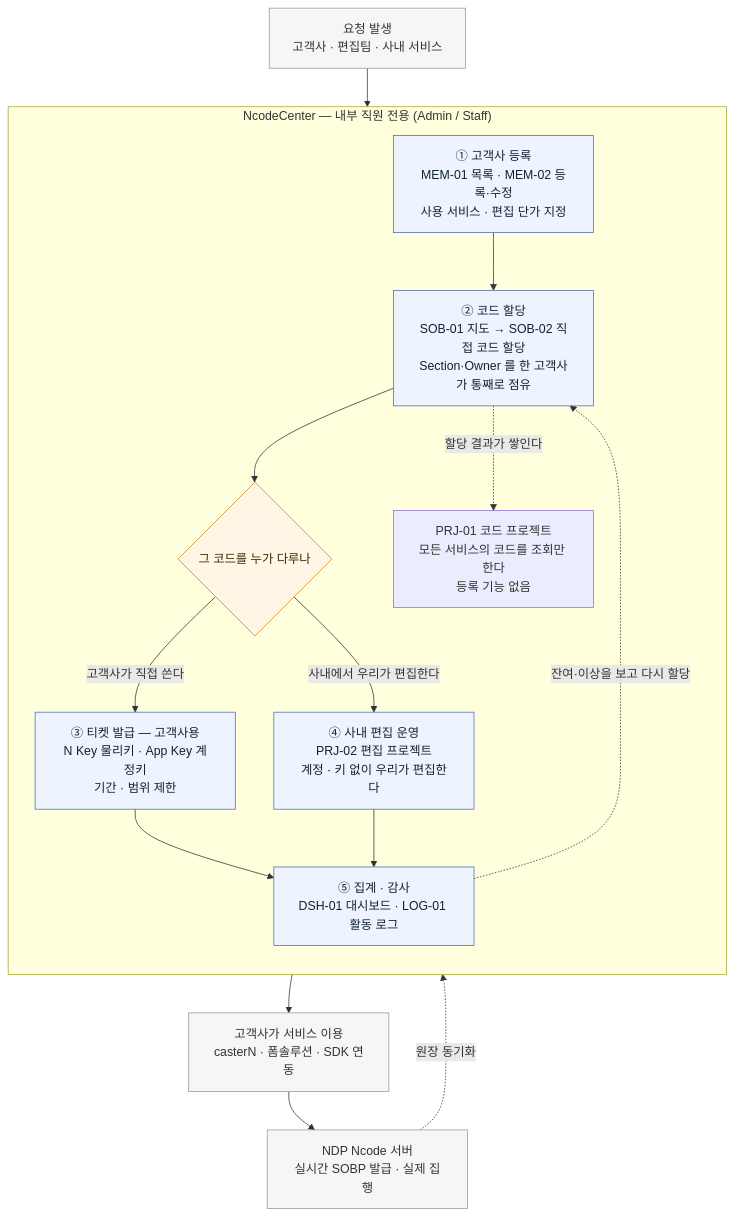
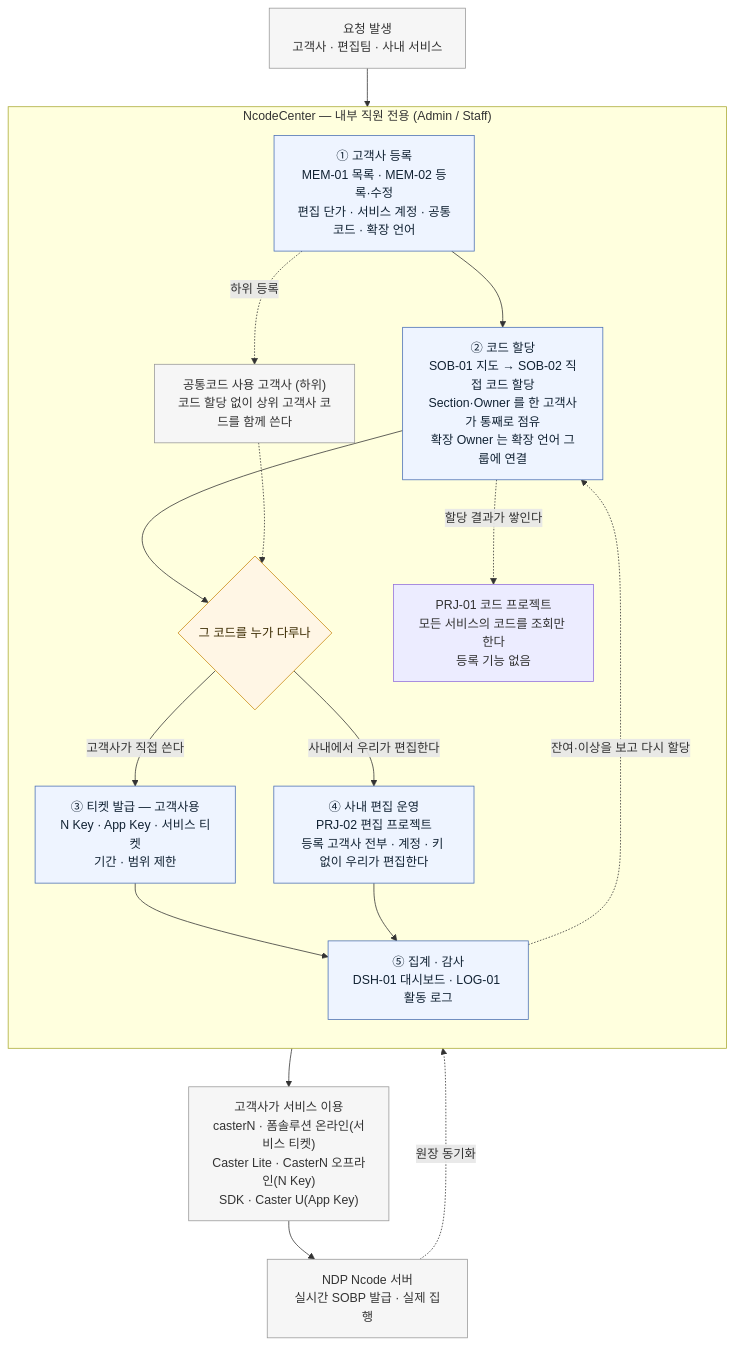
Before and after one commit to sjkim-create/NcodeCenter: the first of 6 diagrams in docs/NcodeCenter-Flow.md, drawn with Mermaid. The commit also changed other lines of this file and 3 other files, not shown here.

````diff
--- a/docs/NcodeCenter-Flow.md
+++ b/docs/NcodeCenter-Flow.md
@@ -14,33 +15,35 @@
 ```mermaid
 flowchart TD
     REQ["요청 발생<br/>고객사 · 편집팀 · 사내 서비스"] --> S1
 
     subgraph NC["NcodeCenter — 내부 직원 전용 (Admin / Staff)"]
         direction TB
-        S1["① 고객사 등록<br/>MEM-01 목록 · MEM-02 등록·수정<br/>사용 서비스 · 편집 단가 지정"]
-        S2["② 코드 할당<br/>SOB-01 지도 → SOB-02 직접 코드 할당<br/>Section·Owner 를 한 고객사가 통째로 점유"]
+        S1["① 고객사 등록<br/>MEM-01 목록 · MEM-02 등록·수정<br/>편집 단가 · 서비스 계정 · 공통코드 · 확장 언어"]
+        SUB["공통코드 사용 고객사 (하위)<br/>코드 할당 없이 상위 고객사 코드를 함께 쓴다"]
+        S2["② 코드 할당<br/>SOB-01 지도 → SOB-02 직접 코드 할당<br/>Section·Owner 를 한 고객사가 통째로 점유<br/>확장 Owner 는 확장 언어 그룹에 연결"]
         WHO{"그 코드를 누가 다루나"}
-        S3["③ 티켓 발급 — 고객사용<br/>N Key 물리키 · App Key 계정키<br/>기간 · 범위 제한"]
-        S4["④ 사내 편집 운영<br/>PRJ-02 편집 프로젝트<br/>계정 · 키 없이 우리가 편집한다"]
+        S3["③ 티켓 발급 — 고객사용<br/>N Key · App Key · 서비스 티켓<br/>기간 · 범위 제한"]
+        S4["④ 사내 편집 운영<br/>PRJ-02 편집 프로젝트<br/>등록 고객사 전부 · 계정 · 키 없이 우리가 편집한다"]
         S5["⑤ 집계 · 감사<br/>DSH-01 대시보드 · LOG-01 활동 로그"]
 
         S1 --> S2 --> WHO
+        S1 -. 하위 등록 .-> SUB -.-> WHO
         WHO -->|"고객사가 직접 쓴다"| S3
         WHO -->|"사내에서 우리가 편집한다"| S4
         S3 --> S5
         S4 --> S5
         S2 -. 할당 결과가 쌓인다 .-> PRJ["PRJ-01 코드 프로젝트<br/>모든 서비스의 코드를 조회만 한다<br/>등록 기능 없음"]
         S5 -. 잔여·이상을 보고 다시 할당 .-> S2
     end
 
-    S3 --> USE["고객사가 서비스 이용<br/>casterN · 폼솔루션 · SDK 연동"]
+    S3 --> USE["고객사가 서비스 이용<br/>casterN · 폼솔루션 온라인(서비스 티켓)<br/>Caster Lite · CasterN 오프라인(N Key)<br/>SDK · Caster U(App Key)"]
     USE --> NDP["NDP Ncode 서버<br/>실시간 SOBP 발급 · 실제 집행"]
     NDP -. 원장 동기화 .-> S5
 
     classDef step fill:#eef4ff,stroke:#4a6fb5,color:#123;
     classDef ext fill:#f6f6f6,stroke:#999,color:#333;
     classDef gate fill:#fff6e5,stroke:#c98a12,color:#3a2a00;
     class S1,S2,S3,S4,S5 step;
-    class REQ,USE,NDP ext;
+    class REQ,USE,NDP,SUB ext;
     class WHO gate;
 ```
````
